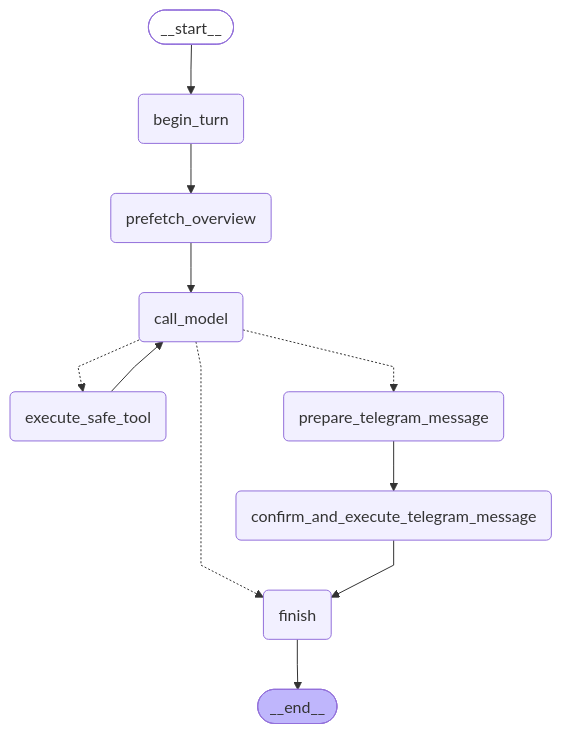
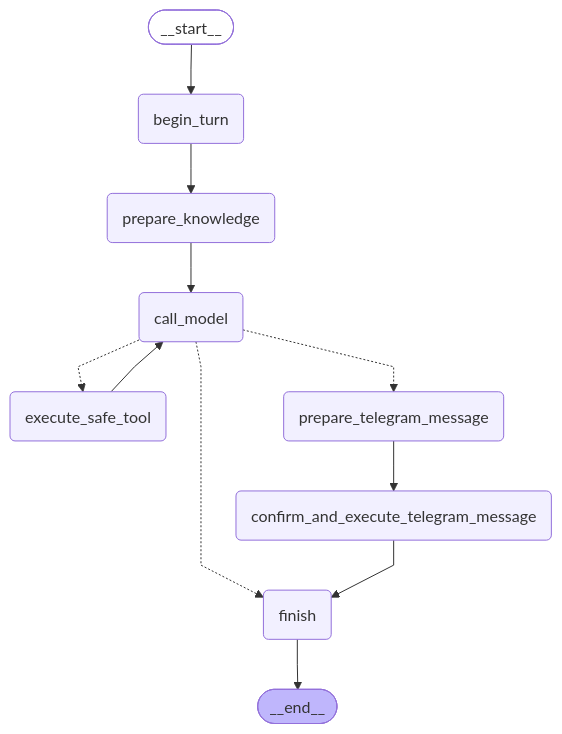
Before and after one commit to skoroko/Support_Copilot: the diagram in docs/final-agent-graph.mmd, drawn with Mermaid. The commit also changed 182 other files, not shown here.

```diff
--- a/docs/final-agent-graph.mmd
+++ b/docs/final-agent-graph.mmd
@@ -1,28 +1,28 @@
 ---
 config:
   flowchart:
     curve: linear
 ---
 graph TD;
 	__start__([<p>__start__</p>]):::first
 	begin_turn(begin_turn)
-	prefetch_overview(prefetch_overview)
+	prepare_knowledge(prepare_knowledge)
 	call_model(call_model)
 	execute_safe_tool(execute_safe_tool)
 	prepare_telegram_message(prepare_telegram_message)
 	confirm_and_execute_telegram_message(confirm_and_execute_telegram_message)
 	finish(finish)
 	__end__([<p>__end__</p>]):::last
 	__start__ --> begin_turn;
-	begin_turn --> prefetch_overview;
+	begin_turn --> prepare_knowledge;
 	call_model -.-> execute_safe_tool;
 	call_model -.-> finish;
 	call_model -.-> prepare_telegram_message;
 	confirm_and_execute_telegram_message --> finish;
 	execute_safe_tool --> call_model;
-	prefetch_overview --> call_model;
+	prepare_knowledge --> call_model;
 	prepare_telegram_message --> confirm_and_execute_telegram_message;
 	finish --> __end__;
 	classDef default fill:#f2f0ff,line-height:1.2
 	classDef first fill-opacity:0
 	classDef last fill:#bfb6fc
```
